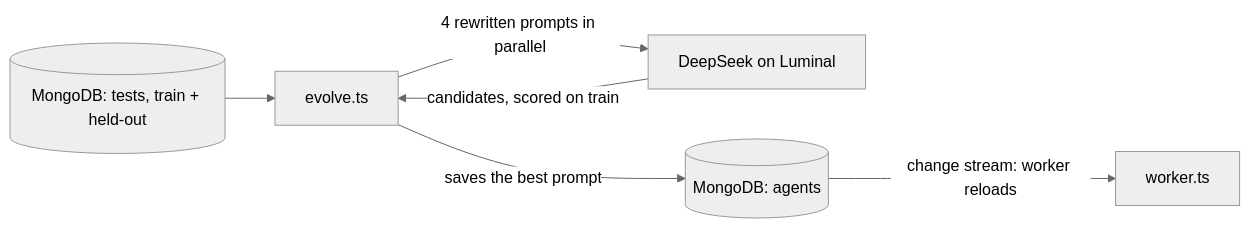
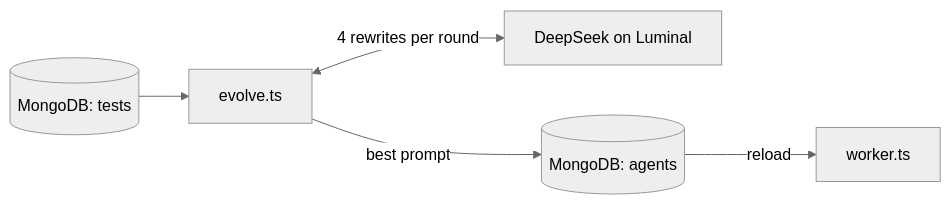
Before and after one commit to sayang7/huddle: the second of 2 diagrams in README.md, drawn with Mermaid (neutral theme). The commit also changed other lines of this file, not shown here.

Commit message:
docs: compact diagram labels so both diagrams fit GitHub's frame

````diff
--- a/README.md
+++ b/README.md
@@ -162,8 +161,7 @@
 ```mermaid
 flowchart LR
-    T[("MongoDB: tests, train + held-out")] --> E["evolve.ts"]
-    E -->|"4 rewritten prompts in parallel"| L["DeepSeek on Luminal"]
-    L -->|"candidates, scored on train"| E
-    E -->|"saves the best prompt"| A[("MongoDB: agents")]
-    A -->|"change stream: worker reloads"| W["worker.ts"]
+    T[("MongoDB: tests")] --> E["evolve.ts"]
+    E <-->|"4 rewrites per round"| L["DeepSeek on Luminal"]
+    E -->|"best prompt"| A[("MongoDB: agents")]
+    A -->|"reload"| W["worker.ts"]
 ```
````
